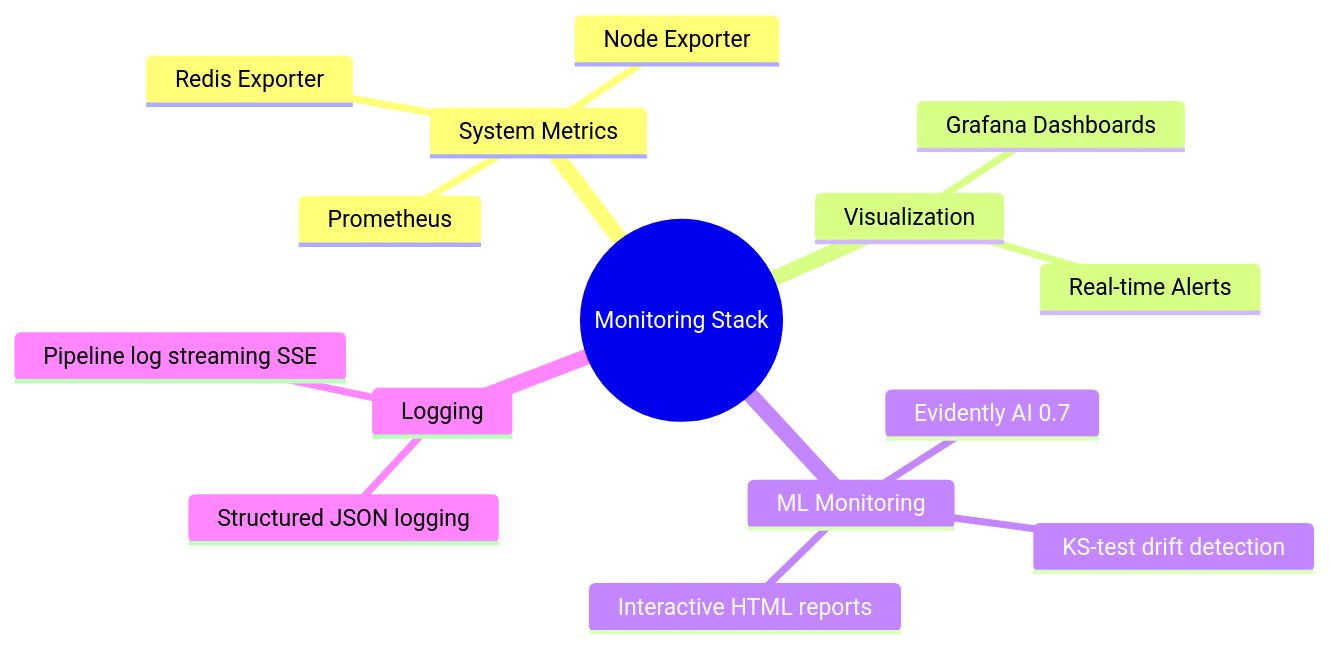
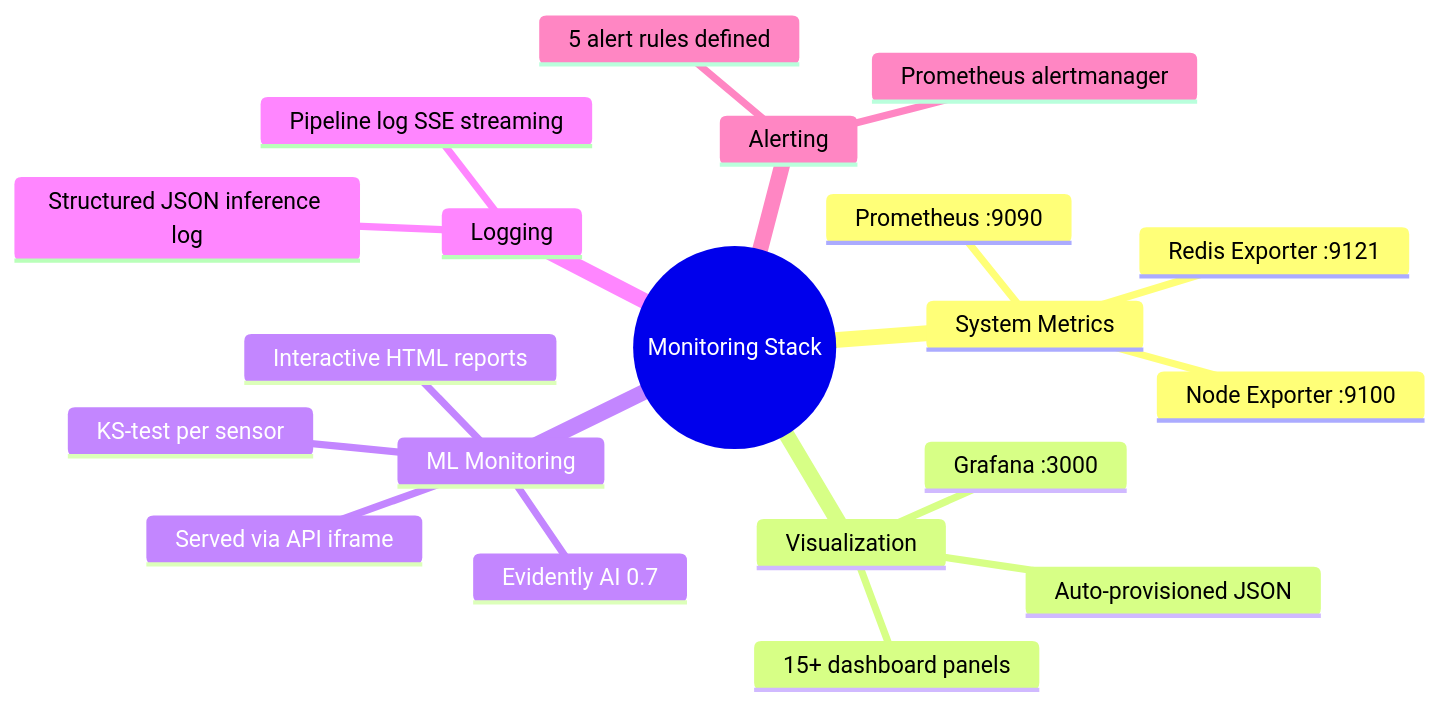
The first of 4 diagrams in docs/07_monitoring.md (nasim-raj-laskar/Real-Time-Aircraft-Engine-Predictive-Maintenance-System), drawn with Mermaid before and after one commit. The commit also changed other lines of this file and 11 other files, not shown here.

````diff
--- a/docs/07_monitoring.md
+++ b/docs/07_monitoring.md
@@ -12,18 +7,23 @@
 ```mermaid
 mindmap
   root((Monitoring Stack))
     System Metrics
-      Prometheus
-      Node Exporter
-      Redis Exporter
+      Prometheus :9090
+      Node Exporter :9100
+      Redis Exporter :9121
     Visualization
-      Grafana Dashboards
-      Real-time Alerts
+      Grafana :3000
+      15+ dashboard panels
+      Auto-provisioned JSON
     ML Monitoring
       Evidently AI 0.7
-      KS-test drift detection
+      KS-test per sensor
       Interactive HTML reports
+      Served via API iframe
     Logging
-      Structured JSON logging
-      Pipeline log streaming SSE
+      Structured JSON inference log
+      Pipeline log SSE streaming
+    Alerting
+      5 alert rules defined
+      Prometheus alertmanager
 ```
````
